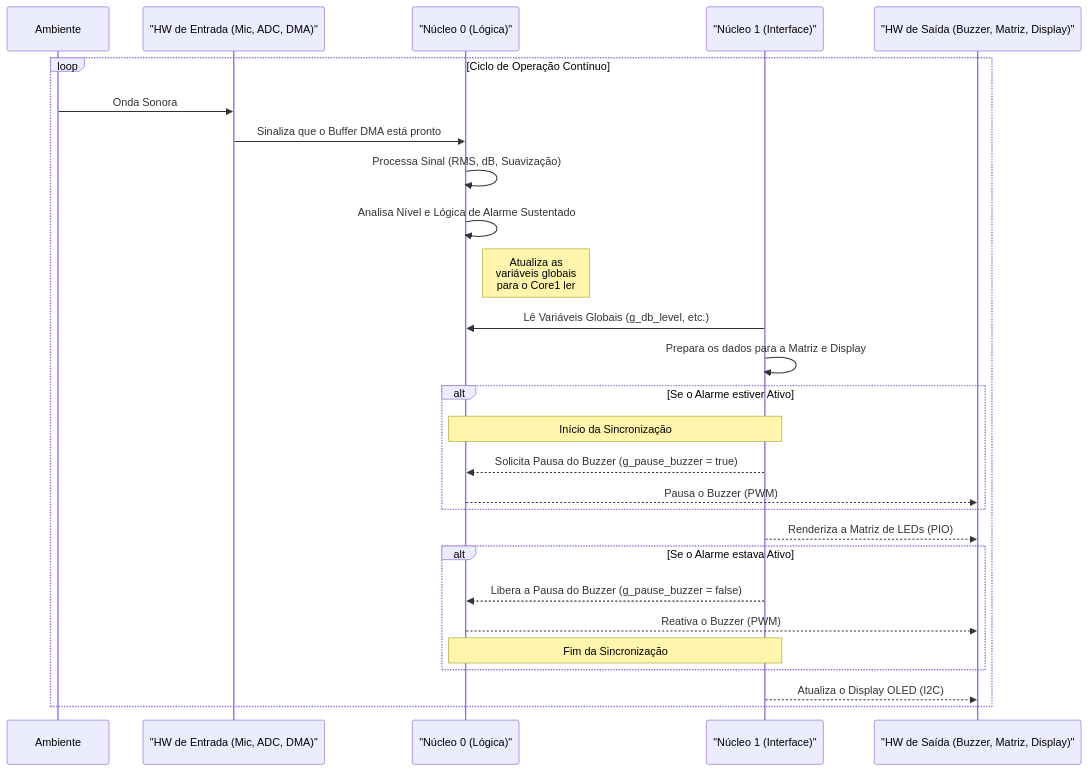
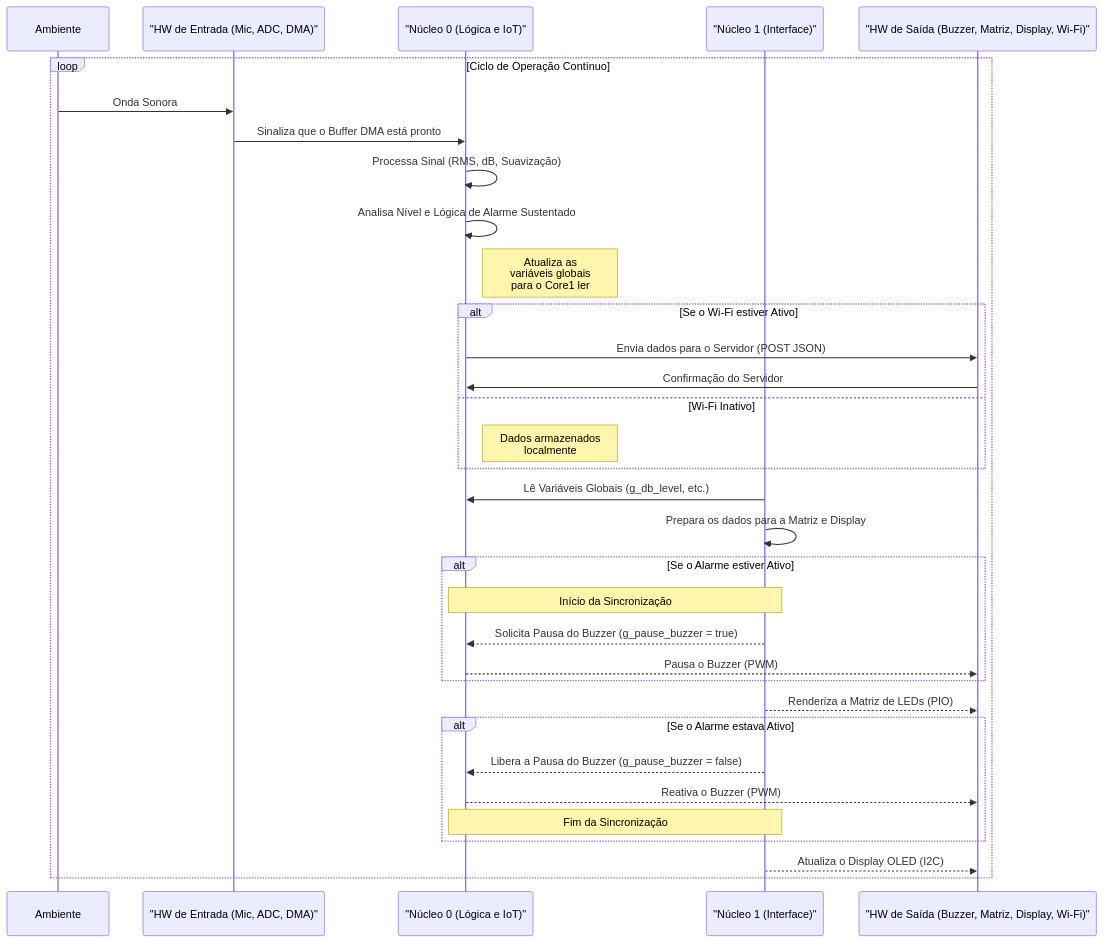
Before and after one commit to LincolnMatheus97/iot-amostragem-mic: the diagram in readme.md, drawn with Mermaid. The commit also changed other lines of this file, not shown here.

````diff
--- a/readme.md
+++ b/readme.md
@@ -212,41 +229,48 @@
 ```mermaid
 sequenceDiagram
     participant Ambiente
     participant Hardware as "HW de Entrada (Mic, ADC, DMA)"
-    participant Core0 as "Núcleo 0 (Lógica)"
+    participant Core0 as "Núcleo 0 (Lógica e IoT)"
     participant Core1 as "Núcleo 1 (Interface)"
-    participant Saida as "HW de Saída (Buzzer, Matriz, Display)"
+    participant Saida as "HW de Saída (Buzzer, Matriz, Display, Wi-Fi)"
 
     loop Ciclo de Operação Contínuo
 
         %% --- Captura e Processamento no Núcleo 0 ---
         Ambiente->>Hardware: Onda Sonora
         Hardware->>Core0: Sinaliza que o Buffer DMA está pronto
         Core0->>Core0: Processa Sinal (RMS, dB, Suavização)
         Core0->>Core0: Analisa Nível e Lógica de Alarme Sustentado
         Note right of Core0: Atualiza as<br/>variáveis globais<br/>para o Core1 ler
+
+        %% --- Comunicação IoT ---
+        alt Se o Wi-Fi estiver Ativo
+            Core0->>Saida: Envia dados para o Servidor (POST JSON)
+            Saida->>Core0: Confirmação do Servidor
+        else Wi-Fi Inativo
+            Note right of Core0: Dados armazenados<br/>localmente
+        end
 
         %% --- Leitura e Preparação no Núcleo 1 ---
         Core1->>Core0: Lê Variáveis Globais (g_db_level, etc.)
         Core1->>Core1: Prepara os dados para a Matriz e Display
 
         %% --- Lógica de Cooperação e Renderização ---
         alt Se o Alarme estiver Ativo
             Note over Core0,Core1: Início da Sincronização
             Core1-->>Core0: Solicita Pausa do Buzzer (g_pause_buzzer = true)
             Core0-->>Saida: Pausa o Buzzer (PWM)
         end
 
         Core1-->>Saida: Renderiza a Matriz de LEDs (PIO)
 
         alt Se o Alarme estava Ativo
             Core1-->>Core0: Libera a Pausa do Buzzer (g_pause_buzzer = false)
             Core0-->>Saida: Reativa o Buzzer (PWM)
             Note over Core0,Core1: Fim da Sincronização
         end
 
         Core1-->>Saida: Atualiza o Display OLED (I2C)
 
     end
-
 ```
````
